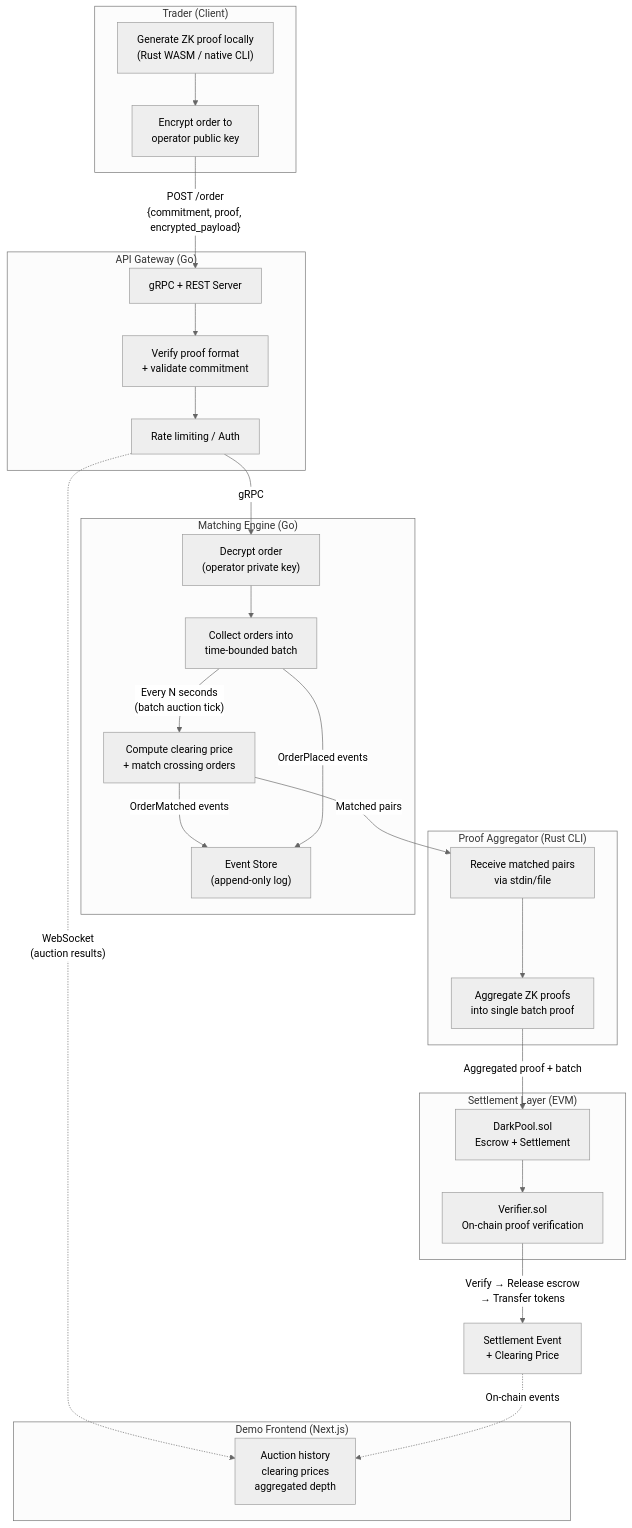
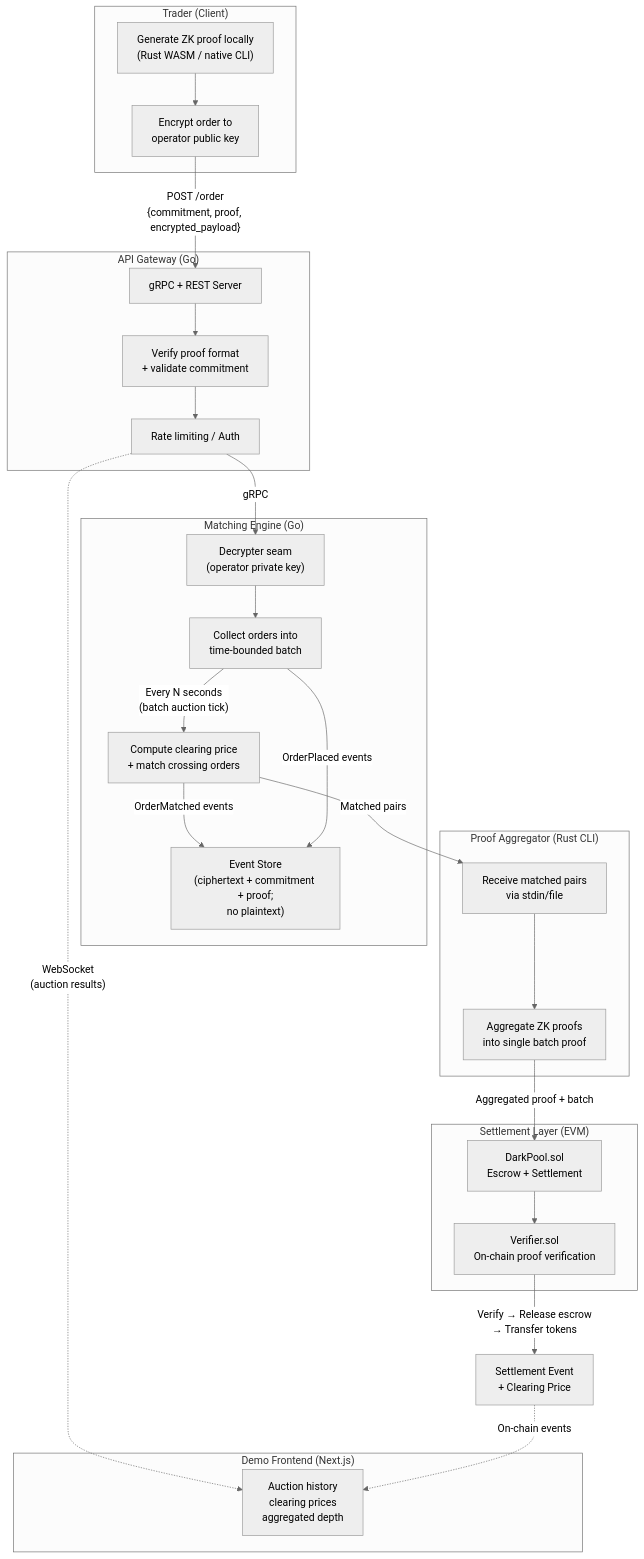
The diagram in README.md (Dnreikronos/DarkPool-Exchange), drawn with Mermaid (neutral theme) before and after one commit. The commit also changed other lines of this file and 21 other files, not shown here.

First line of the commit message:
feature: Align wire and event log with ZK privacy spec

````diff
--- a/README.md
+++ b/README.md
@@ -35,51 +35,51 @@
 ```mermaid
 flowchart TB
     subgraph Client["Trader (Client)"]
         A1["Generate ZK proof locally\n(Rust WASM / native CLI)"]
         A2["Encrypt order to\noperator public key"]
     end
 
     subgraph API["API Gateway (Go)"]
         B["gRPC + REST Server"]
         B1["Verify proof format\n+ validate commitment"]
         B2["Rate limiting / Auth"]
     end
 
     subgraph Engine["Matching Engine (Go)"]
-        C["Decrypt order\n(operator private key)"]
+        C["Decrypter seam\n(operator private key)"]
         D["Collect orders into\ntime-bounded batch"]
         D2["Compute clearing price\n+ match crossing orders"]
-        ES["Event Store\n(append-only log)"]
+        ES["Event Store\n(ciphertext + commitment + proof;\nno plaintext)"]
     end
 
     subgraph Aggregator["Proof Aggregator (Rust CLI)"]
         F["Receive matched pairs\nvia stdin/file"]
         G["Aggregate ZK proofs\ninto single batch proof"]
     end
 
     subgraph Contracts["Settlement Layer (EVM)"]
         H["DarkPool.sol\nEscrow + Settlement"]
         I["Verifier.sol\nOn-chain proof verification"]
     end
 
     subgraph Frontend["Demo Frontend (Next.js)"]
         J["Auction history\nclearing prices\naggregated depth"]
     end
 
     A1 --> A2
     A2 -- "POST /order\n{commitment, proof, encrypted_payload}" --> B
     B --> B1 --> B2
     B2 -- "gRPC" --> C
     C --> D
     D -- "Every N seconds\n(batch auction tick)" --> D2
     D2 -- "OrderMatched events" --> ES
     D -- "OrderPlaced events" --> ES
     D2 -- "Matched pairs" --> F
     F --> G
     G -- "Aggregated proof + batch" --> H
     H --> I
     I -- "Verify → Release escrow\n→ Transfer tokens" --> K["Settlement Event\n+ Clearing Price"]
 
     B2 -. "WebSocket\n(auction results)" .-> J
     K -. "On-chain events" .-> J
 ```
````
